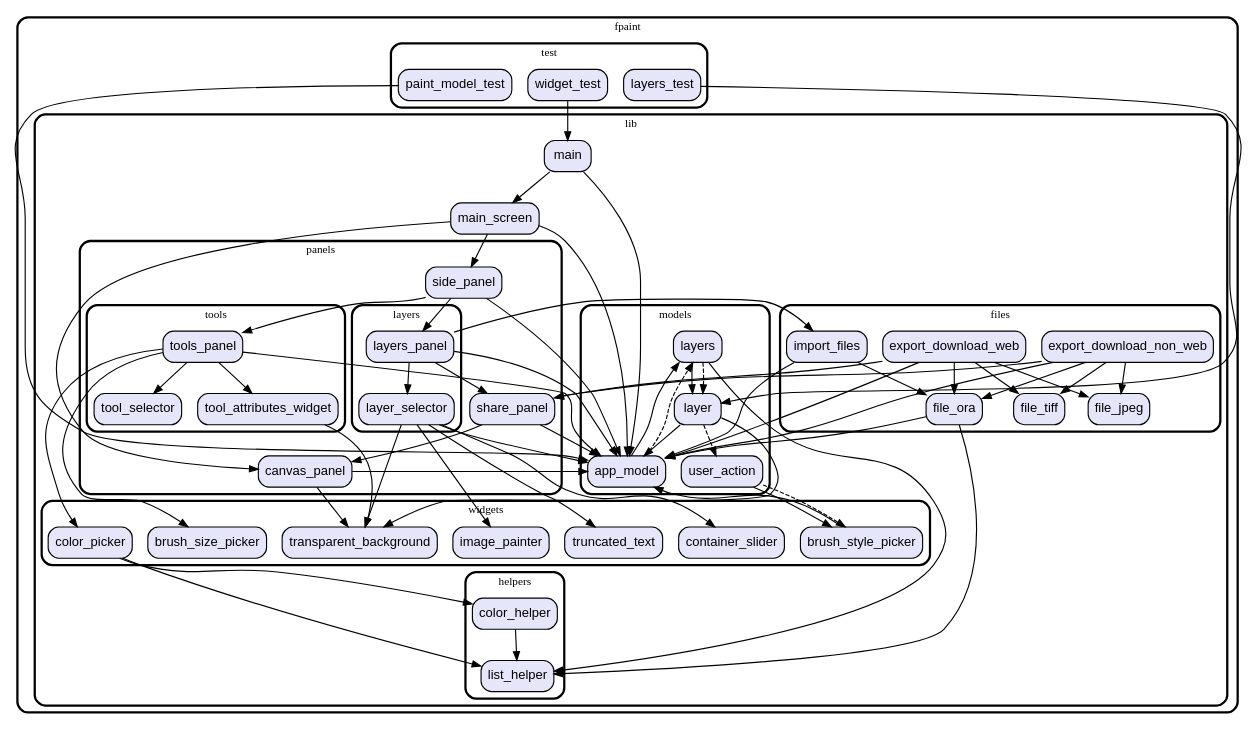
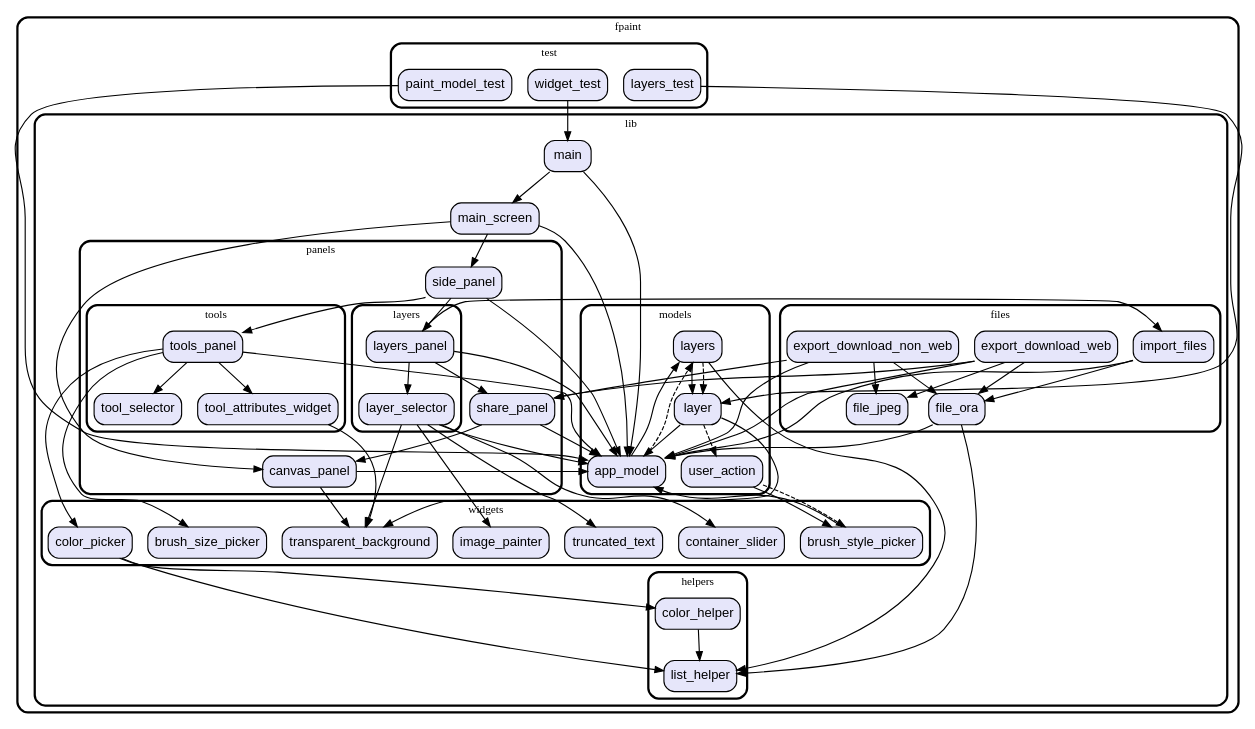
The diagram in graph.dot (vteam-com/fPaint), drawn with Graphviz before and after one commit. The commit also changed 7 other files, not shown here.

```diff
--- a/graph.dot
+++ b/graph.dot
@@ -1,157 +1,153 @@
 digraph "" {
   graph [style=rounded fontname="Arial Black" fontsize=13 penwidth=2.6];
   node [shape=rect style="filled,rounded" fontname=Arial fontsize=15 fillcolor=Lavender penwidth=1.3];
   edge [penwidth=1.3];
   "/test/paint_model_test.dart" [label="paint_model_test"];
   "/test/widget_test.dart" [label="widget_test"];
   "/test/layers_test.dart" [label="layers_test"];
   "/lib/panels/tools/tool_selector.dart" [label="tool_selector"];
   "/lib/panels/tools/tools_panel.dart" [label="tools_panel"];
   "/lib/panels/tools/tool_attributes_widget.dart" [label="tool_attributes_widget"];
   "/lib/panels/canvas_panel.dart" [label="canvas_panel"];
   "/lib/panels/layers/layer_selector.dart" [label="layer_selector"];
   "/lib/panels/layers/layers_panel.dart" [label="layers_panel"];
   "/lib/panels/side_panel.dart" [label="side_panel"];
   "/lib/panels/share_panel.dart" [label="share_panel"];
   "/lib/models/layers.dart" [label="layers"];
   "/lib/models/user_action.dart" [label="user_action"];
   "/lib/models/app_model.dart" [label="app_model"];
   "/lib/models/layer.dart" [label="layer"];
   "/lib/main.dart" [label="main"];
   "/lib/files/file_jpeg.dart" [label="file_jpeg"];
   "/lib/files/export_download_web.dart" [label="export_download_web"];
   "/lib/files/file_ora.dart" [label="file_ora"];
   "/lib/files/export_download_non_web.dart" [label="export_download_non_web"];
   "/lib/files/import_files.dart" [label="import_files"];
-  "/lib/files/file_tiff.dart" [label="file_tiff"];
   "/lib/main_screen.dart" [label="main_screen"];
   "/lib/helpers/list_helper.dart" [label="list_helper"];
   "/lib/helpers/color_helper.dart" [label="color_helper"];
   "/lib/widgets/truncated_text.dart" [label="truncated_text"];
   "/lib/widgets/container_slider.dart" [label="container_slider"];
   "/lib/widgets/brush_size_picker.dart" [label="brush_size_picker"];
   "/lib/widgets/transparent_background.dart" [label="transparent_background"];
   "/lib/widgets/image_painter.dart" [label="image_painter"];
   "/lib/widgets/brush_style_picker.dart" [label="brush_style_picker"];
   "/lib/widgets/color_picker.dart" [label="color_picker"];
   subgraph "cluster~" {
     label="fpaint";
     subgraph "cluster~/test" {
       label="test";
       "/test/paint_model_test.dart";
       "/test/widget_test.dart";
       "/test/layers_test.dart";
     }
     subgraph "cluster~/lib" {
       label="lib";
       "/lib/main.dart";
       "/lib/main_screen.dart";
       subgraph "cluster~/lib/panels" {
         label="panels";
         "/lib/panels/canvas_panel.dart";
         "/lib/panels/side_panel.dart";
         "/lib/panels/share_panel.dart";
         subgraph "cluster~/lib/panels/tools" {
           label="tools";
           "/lib/panels/tools/tool_selector.dart";
           "/lib/panels/tools/tools_panel.dart";
           "/lib/panels/tools/tool_attributes_widget.dart";
         }
         subgraph "cluster~/lib/panels/layers" {
           label="layers";
           "/lib/panels/layers/layer_selector.dart";
           "/lib/panels/layers/layers_panel.dart";
         }
       }
       subgraph "cluster~/lib/models" {
         label="models";
         "/lib/models/layers.dart";
         "/lib/models/user_action.dart";
         "/lib/models/app_model.dart";
         "/lib/models/layer.dart";
       }
       subgraph "cluster~/lib/files" {
         label="files";
         "/lib/files/file_jpeg.dart";
         "/lib/files/export_download_web.dart";
         "/lib/files/file_ora.dart";
         "/lib/files/export_download_non_web.dart";
         "/lib/files/import_files.dart";
-        "/lib/files/file_tiff.dart";
       }
       subgraph "cluster~/lib/helpers" {
         label="helpers";
         "/lib/helpers/list_helper.dart";
         "/lib/helpers/color_helper.dart";
       }
       subgraph "cluster~/lib/widgets" {
         label="widgets";
         "/lib/widgets/truncated_text.dart";
         "/lib/widgets/container_slider.dart";
         "/lib/widgets/brush_size_picker.dart";
         "/lib/widgets/transparent_background.dart";
         "/lib/widgets/image_painter.dart";
         "/lib/widgets/brush_style_picker.dart";
         "/lib/widgets/color_picker.dart";
       }
     }
   }
   "/test/paint_model_test.dart" -> "/lib/models/app_model.dart";
   "/test/widget_test.dart" -> "/lib/main.dart";
   "/test/layers_test.dart" -> "/lib/models/layer.dart";
   "/lib/panels/tools/tools_panel.dart" -> "/lib/models/app_model.dart";
   "/lib/panels/tools/tools_panel.dart" -> "/lib/panels/tools/tool_attributes_widget.dart";
   "/lib/panels/tools/tools_panel.dart" -> "/lib/panels/tools/tool_selector.dart";
   "/lib/panels/tools/tools_panel.dart" -> "/lib/widgets/brush_size_picker.dart";
   "/lib/panels/tools/tools_panel.dart" -> "/lib/widgets/color_picker.dart";
   "/lib/panels/tools/tool_attributes_widget.dart" -> "/lib/widgets/transparent_background.dart";
   "/lib/panels/canvas_panel.dart" -> "/lib/models/app_model.dart";
   "/lib/panels/canvas_panel.dart" -> "/lib/widgets/transparent_background.dart";
   "/lib/panels/layers/layer_selector.dart" -> "/lib/models/app_model.dart";
   "/lib/panels/layers/layer_selector.dart" -> "/lib/widgets/container_slider.dart";
   "/lib/panels/layers/layer_selector.dart" -> "/lib/widgets/image_painter.dart";
   "/lib/panels/layers/layer_selector.dart" -> "/lib/widgets/transparent_background.dart";
   "/lib/panels/layers/layer_selector.dart" -> "/lib/widgets/truncated_text.dart";
   "/lib/panels/layers/layers_panel.dart" -> "/lib/files/import_files.dart";
   "/lib/panels/layers/layers_panel.dart" -> "/lib/models/app_model.dart";
   "/lib/panels/layers/layers_panel.dart" -> "/lib/panels/layers/layer_selector.dart";
   "/lib/panels/layers/layers_panel.dart" -> "/lib/panels/share_panel.dart";
   "/lib/panels/side_panel.dart" -> "/lib/models/app_model.dart";
   "/lib/panels/side_panel.dart" -> "/lib/panels/layers/layers_panel.dart";
   "/lib/panels/side_panel.dart" -> "/lib/panels/tools/tools_panel.dart";
   "/lib/panels/share_panel.dart" -> "/lib/models/app_model.dart";
   "/lib/panels/share_panel.dart" -> "/lib/panels/canvas_panel.dart";
   "/lib/models/layers.dart" -> "/lib/helpers/list_helper.dart";
   "/lib/models/layers.dart" -> "/lib/models/layer.dart";
   "/lib/models/layers.dart" -> "/lib/models/layer.dart" [style=dashed];
   "/lib/models/user_action.dart" -> "/lib/widgets/brush_style_picker.dart";
   "/lib/models/user_action.dart" -> "/lib/widgets/brush_style_picker.dart" [style=dashed];
   "/lib/models/app_model.dart" -> "/lib/models/layers.dart";
   "/lib/models/app_model.dart" -> "/lib/models/layers.dart" [style=dashed];
   "/lib/models/layer.dart" -> "/lib/models/app_model.dart";
   "/lib/models/layer.dart" -> "/lib/widgets/transparent_background.dart";
   "/lib/models/layer.dart" -> "/lib/models/user_action.dart" [style=dashed];
   "/lib/main.dart" -> "/lib/main_screen.dart";
   "/lib/main.dart" -> "/lib/models/app_model.dart";
   "/lib/files/export_download_web.dart" -> "/lib/files/file_jpeg.dart";
   "/lib/files/export_download_web.dart" -> "/lib/files/file_ora.dart";
-  "/lib/files/export_download_web.dart" -> "/lib/files/file_tiff.dart";
   "/lib/files/export_download_web.dart" -> "/lib/models/app_model.dart";
   "/lib/files/export_download_web.dart" -> "/lib/panels/share_panel.dart";
   "/lib/files/file_ora.dart" -> "/lib/helpers/list_helper.dart";
   "/lib/files/file_ora.dart" -> "/lib/models/app_model.dart";
   "/lib/files/export_download_non_web.dart" -> "/lib/files/file_jpeg.dart";
   "/lib/files/export_download_non_web.dart" -> "/lib/files/file_ora.dart";
-  "/lib/files/export_download_non_web.dart" -> "/lib/files/file_tiff.dart";
   "/lib/files/export_download_non_web.dart" -> "/lib/models/app_model.dart";
   "/lib/files/export_download_non_web.dart" -> "/lib/panels/share_panel.dart";
   "/lib/files/import_files.dart" -> "/lib/files/file_ora.dart";
   "/lib/files/import_files.dart" -> "/lib/models/app_model.dart";
   "/lib/main_screen.dart" -> "/lib/panels/canvas_panel.dart";
   "/lib/main_screen.dart" -> "/lib/panels/side_panel.dart";
   "/lib/main_screen.dart" -> "/lib/models/app_model.dart";
   "/lib/helpers/color_helper.dart" -> "/lib/helpers/list_helper.dart";
   "/lib/widgets/brush_style_picker.dart" -> "/lib/models/app_model.dart";
   "/lib/widgets/color_picker.dart" -> "/lib/helpers/color_helper.dart";
   "/lib/widgets/color_picker.dart" -> "/lib/helpers/list_helper.dart";
 }
```
